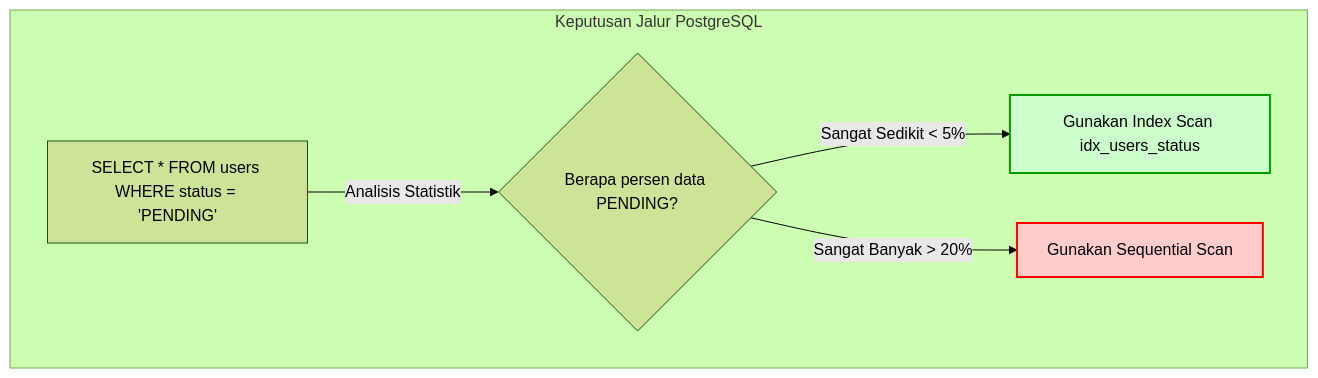
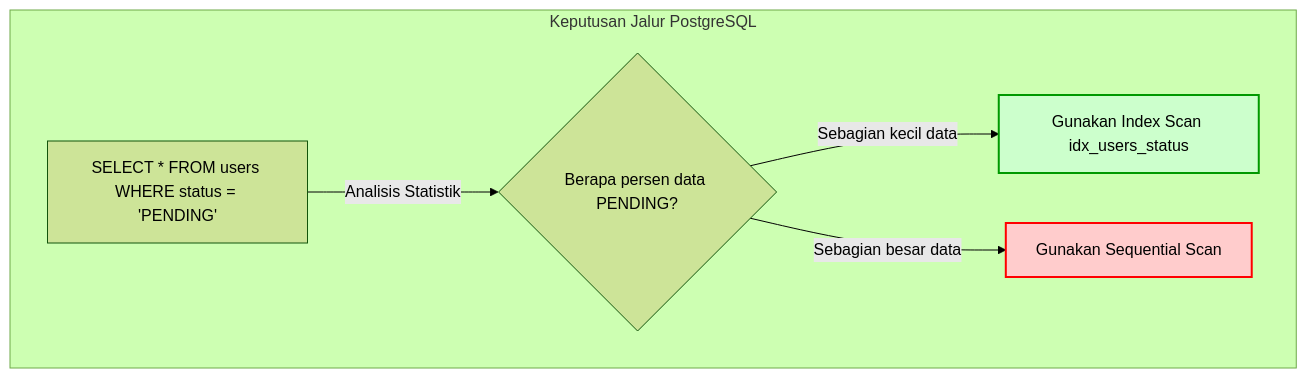
One commit to syahputrawork98-sketch/PostgreSQL-Knowledge-Base changed the diagram in materi/07-indexing-query-planner-dan-performance/buku-01-indexing-dasar-untuk-developer/bab-02-kapan-index-membantu-query.md. Above: the diagram before and after it, drawn with Mermaid (forest theme). The commit also changed other lines of this file and 4 other files, not shown here.

````diff
--- a/materi/07-indexing-query-planner-dan-performance/buku-01-indexing-dasar-untuk-developer/bab-02-kapan-index-membantu-query.md
+++ b/materi/07-indexing-query-planner-dan-performance/buku-01-indexing-dasar-untuk-developer/bab-02-kapan-index-membantu-query.md
@@ -55,11 +55,11 @@
 ```mermaid
 graph TD
     subgraph Query Planner Decision [Keputusan Jalur PostgreSQL]
         Q[SELECT * FROM users WHERE status = 'PENDING'] -->|Analisis Statistik| QP{Berapa persen data PENDING?}
-        QP -->|Sangat Sedikit < 5%| ID[Gunakan Index Scan idx_users_status]
-        QP -->|Sangat Banyak > 20%| SS[Gunakan Sequential Scan]
+        QP -->|Sebagian kecil data| ID[Gunakan Index Scan idx_users_status]
+        QP -->|Sebagian besar data| SS[Gunakan Sequential Scan]
     end
     
     style ID fill:#ccffcc,stroke:#009900,stroke-width:2px
     style SS fill:#ffcccc,stroke:#ff0000,stroke-width:2px
 ```
````
